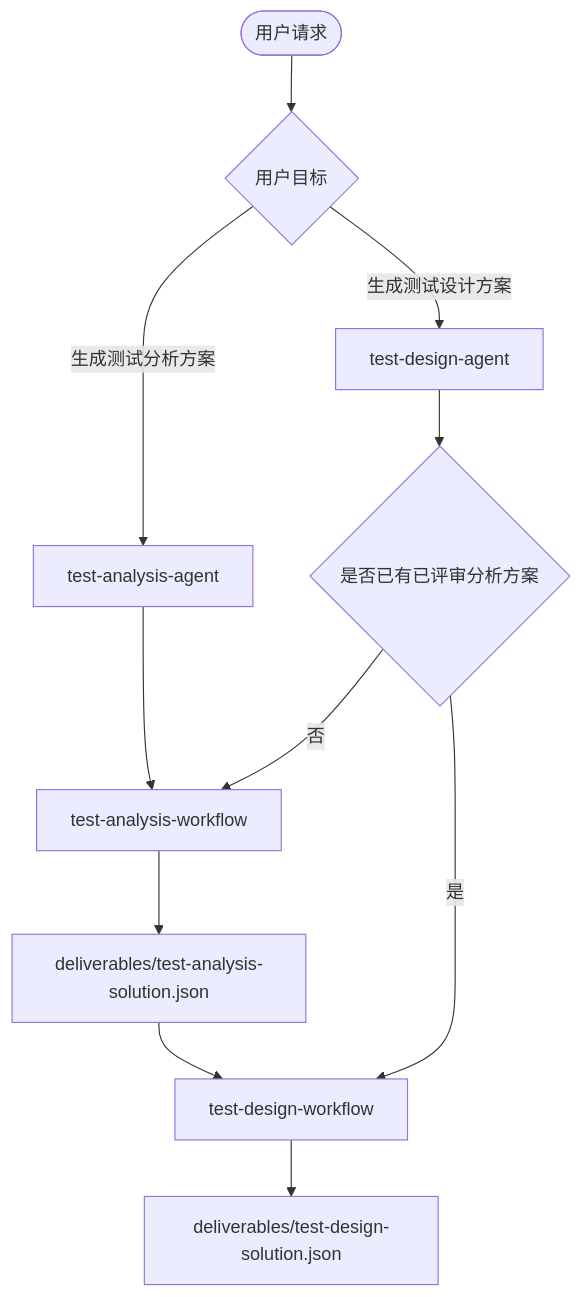
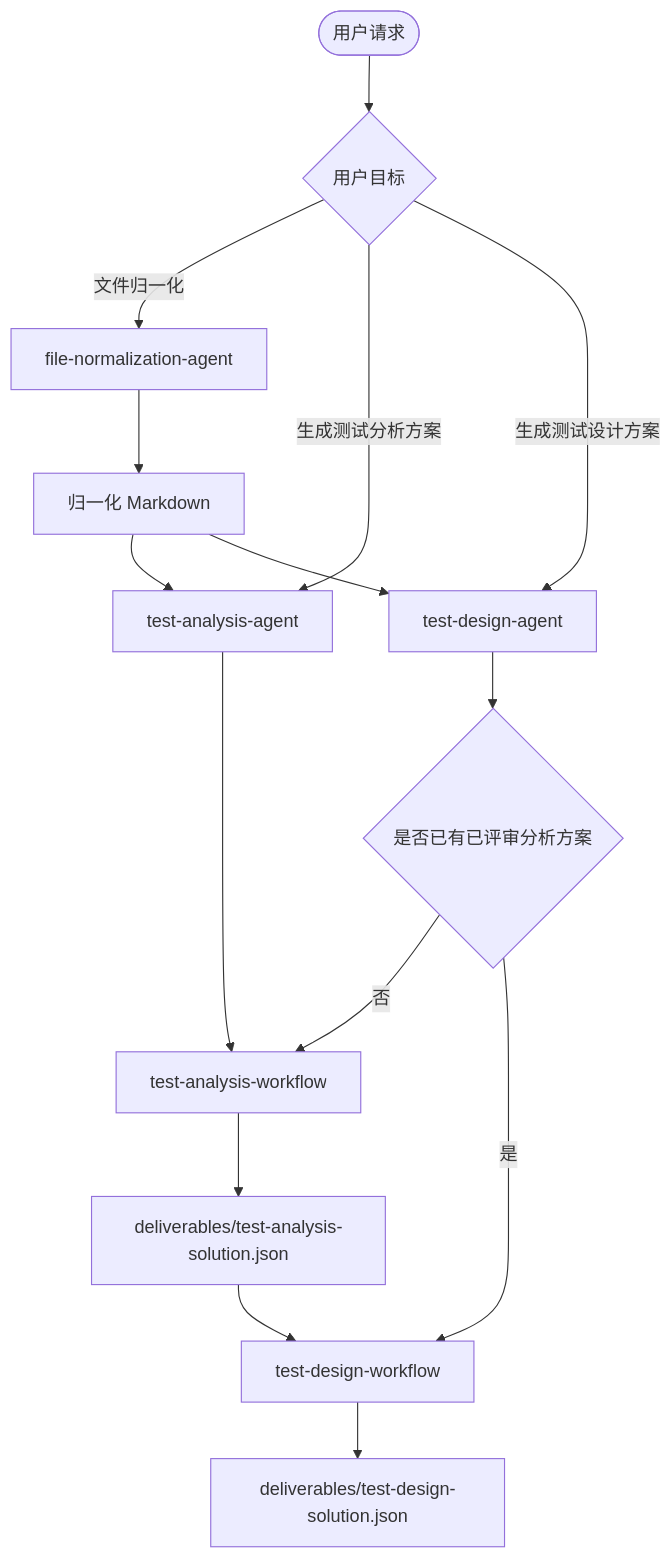
Before and after one commit to szluoqy-byte/Test-Analysis-Agent-MM: the first of 2 diagrams in docs/test-analysis-agent-design.md, drawn with Mermaid. The commit also changed other lines of this file and 25 other files, not shown here.

Commit message:
Split file normalization into dedicated agent

````diff
--- a/docs/test-analysis-agent-design.md
+++ b/docs/test-analysis-agent-design.md
@@ -81,14 +82,18 @@
 ```mermaid
 flowchart TD
   request([用户请求])
   request --> intent{用户目标}
+  intent -- 文件归一化 --> fileAgent[file-normalization-agent]
+  fileAgent --> normalized[归一化 Markdown]
   intent -- 生成测试分析方案 --> analysisAgent[test-analysis-agent]
   intent -- 生成测试设计方案 --> designAgent[test-design-agent]
+  normalized --> analysisAgent
+  normalized --> designAgent
   analysisAgent --> analysisSkill[test-analysis-workflow]
   analysisSkill --> analysisOutput[deliverables/test-analysis-solution.json]
   designAgent --> hasAnalysis{是否已有已评审分析方案}
   hasAnalysis -- 否 --> analysisSkill
   hasAnalysis -- 是 --> designSkill[test-design-workflow]
   analysisOutput --> designSkill
   designSkill --> designOutput[deliverables/test-design-solution.json]
 ```
````
